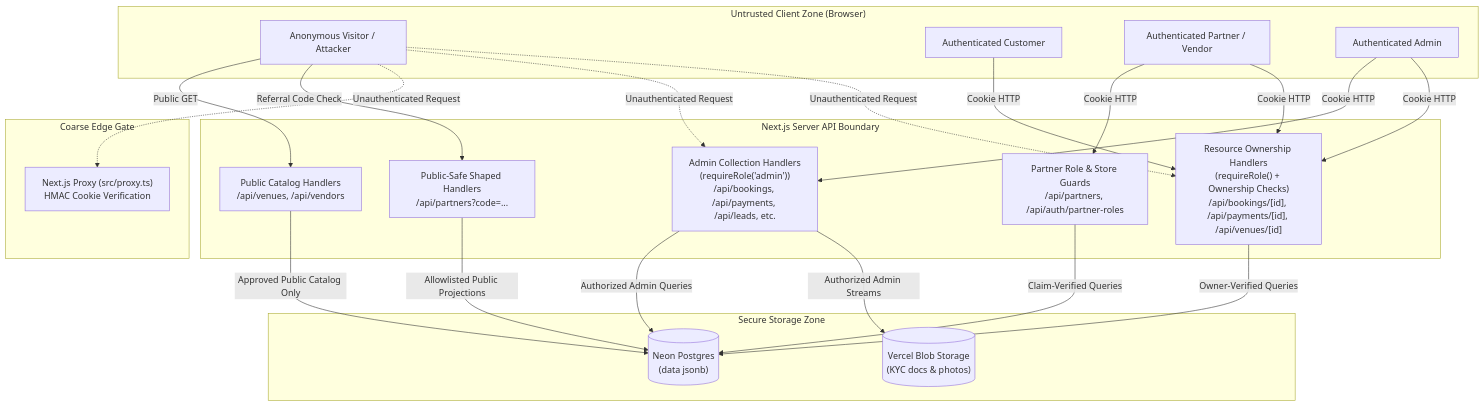
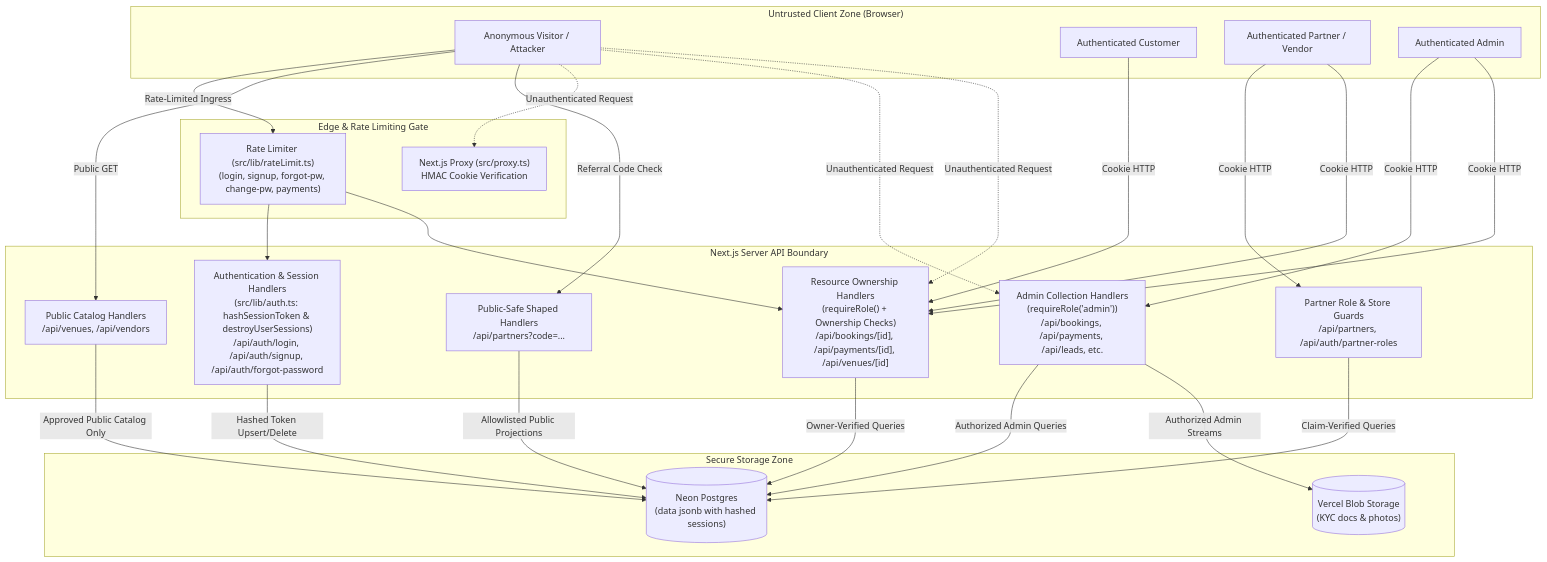
Before and after one commit to Sony17/Bhojpatra: the diagram in SECURITY-ARCHITECTURE.md, drawn with Mermaid. The commit also changed other lines of this file and 4 other files, not shown here.

Commit message:
docs: synchronize architecture after security batch 5

````diff
--- a/SECURITY-ARCHITECTURE.md
+++ b/SECURITY-ARCHITECTURE.md
@@ -85,45 +101,52 @@
 ```mermaid
 flowchart TD
     subgraph UntrustedZone["Untrusted Client Zone (Browser)"]
         AnonUser["Anonymous Visitor / Attacker"]
         AuthCust["Authenticated Customer"]
         AuthPartner["Authenticated Partner / Vendor"]
         AuthAdmin["Authenticated Admin"]
     end
 
-    subgraph EdgeGate["Coarse Edge Gate"]
+    subgraph EdgeGate["Edge & Rate Limiting Gate"]
+        RateLimiter["Rate Limiter (src/lib/rateLimit.ts)\n(login, signup, forgot-pw, change-pw, payments)"]
         Proxy["Next.js Proxy (src/proxy.ts)\nHMAC Cookie Verification"]
     end
 
     subgraph ServerZone["Next.js Server API Boundary"]
+        AuthHandlers["Authentication & Session Handlers\n(src/lib/auth.ts: hashSessionToken & destroyUserSessions)\n/api/auth/login, /api/auth/signup, /api/auth/forgot-password"]
         AdminGuards["Admin Collection Handlers\n(requireRole('admin'))\n/api/bookings, /api/payments, /api/leads, etc."]
         OwnershipGuards["Resource Ownership Handlers\n(requireRole() + Ownership Checks)\n/api/bookings/[id], /api/payments/[id], /api/venues/[id]"]
         PartnerGuards["Partner Role & Store Guards\n/api/partners, /api/auth/partner-roles"]
         ShapedPublic["Public-Safe Shaped Handlers\n/api/partners?code=..."]
         PublicCatalog["Public Catalog Handlers\n/api/venues, /api/vendors"]
     end
 
     subgraph DataZone["Secure Storage Zone"]
-        NeonDB[("Neon Postgres\n(data jsonb)")]
+        NeonDB[("Neon Postgres\n(data jsonb with hashed sessions)")]
         VercelBlob[("Vercel Blob Storage\n(KYC docs & photos)")]
     end
 
+    AnonUser -->|Rate-Limited Ingress| RateLimiter
     AnonUser -->|Public GET| PublicCatalog
     AnonUser -->|Referral Code Check| ShapedPublic
     AnonUser -.->|Unauthenticated Request| Proxy
     AnonUser -.->|Unauthenticated Request| AdminGuards
     AnonUser -.->|Unauthenticated Request| OwnershipGuards
+
+    RateLimiter --> AuthHandlers
+    RateLimiter --> OwnershipGuards
 
     AuthCust -->|Cookie HTTP| OwnershipGuards
     AuthPartner -->|Cookie HTTP| PartnerGuards
     AuthPartner -->|Cookie HTTP| OwnershipGuards
     AuthAdmin -->|Cookie HTTP| AdminGuards
     AuthAdmin -->|Cookie HTTP| OwnershipGuards
 
+    AuthHandlers -->|Hashed Token Upsert/Delete| NeonDB
     AdminGuards -->|Authorized Admin Queries| NeonDB
     AdminGuards -->|Authorized Admin Streams| VercelBlob
     OwnershipGuards -->|Owner-Verified Queries| NeonDB
     PartnerGuards -->|Claim-Verified Queries| NeonDB
     ShapedPublic -->|Allowlisted Public Projections| NeonDB
     PublicCatalog -->|Approved Public Catalog Only| NeonDB
 ```
````
